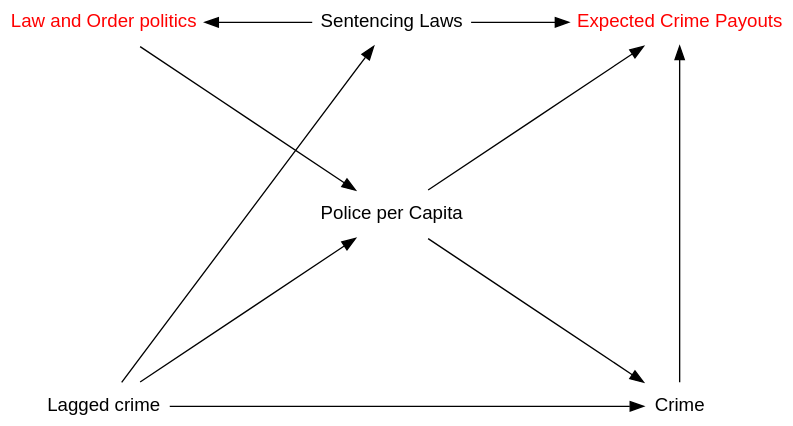
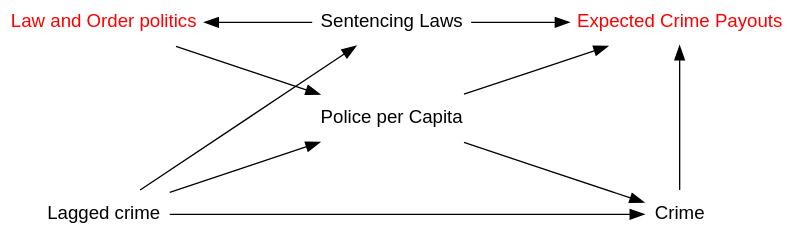
One commit to mca91/kausalanalyse_slides changed the diagram in CausalDiagrams/dot_files/Police_Crime.dot. Above: the diagram before and after it, drawn with Graphviz. The commit also changed 6 other files, not shown here.

Commit message:
made new changes to new diagrams

```diff
--- a/CausalDiagrams/dot_files/Police_Crime.dot
+++ b/CausalDiagrams/dot_files/Police_Crime.dot
@@ -1,25 +1,25 @@
 digraph "Causal Diagramm RDD" {
   layout=neato
   fontname="Helvetica,Arial,sans-serif"
    bgcolor=transparent
   imagescale=both
   fontsize=25
   node [fontname="Helvetica,Arial,sans-serif"]
   edge [fontname="Helvetica,Arial,sans-serif"]
   node [shape=none];
-  "Law and Order politics" [pos="0,4!",  fontcolor="red"]
-  "Sentencing Laws" [pos="3,4!"]
-  "Expected Crime Payouts" [pos="6,4!", fontcolor="red"]
-   "Police per Capita" [pos="3,2!"]
+  "Law and Order politics" [pos="0,2!",  fontcolor="red"]
+  "Sentencing Laws" [pos="3,2!"]
+  "Expected Crime Payouts" [pos="6,2!", fontcolor="red"]
+   "Police per Capita" [pos="3,1!"]
   "Lagged crime" [pos="0,0!"]
   "Crime" [pos="6,0!"]
   "Law and Order politics" -> "Police per Capita"
   "Lagged crime" -> "Sentencing Laws"
   "Sentencing Laws" -> "Law and Order politics"
   "Lagged crime" -> "Police per Capita" 
   "Lagged crime" -> "Crime"
   "Sentencing Laws" ->  "Expected Crime Payouts"
   "Crime"  -> "Expected Crime Payouts"
   "Police per Capita" -> "Expected Crime Payouts"
   "Police per Capita" -> "Crime"
 }
```
